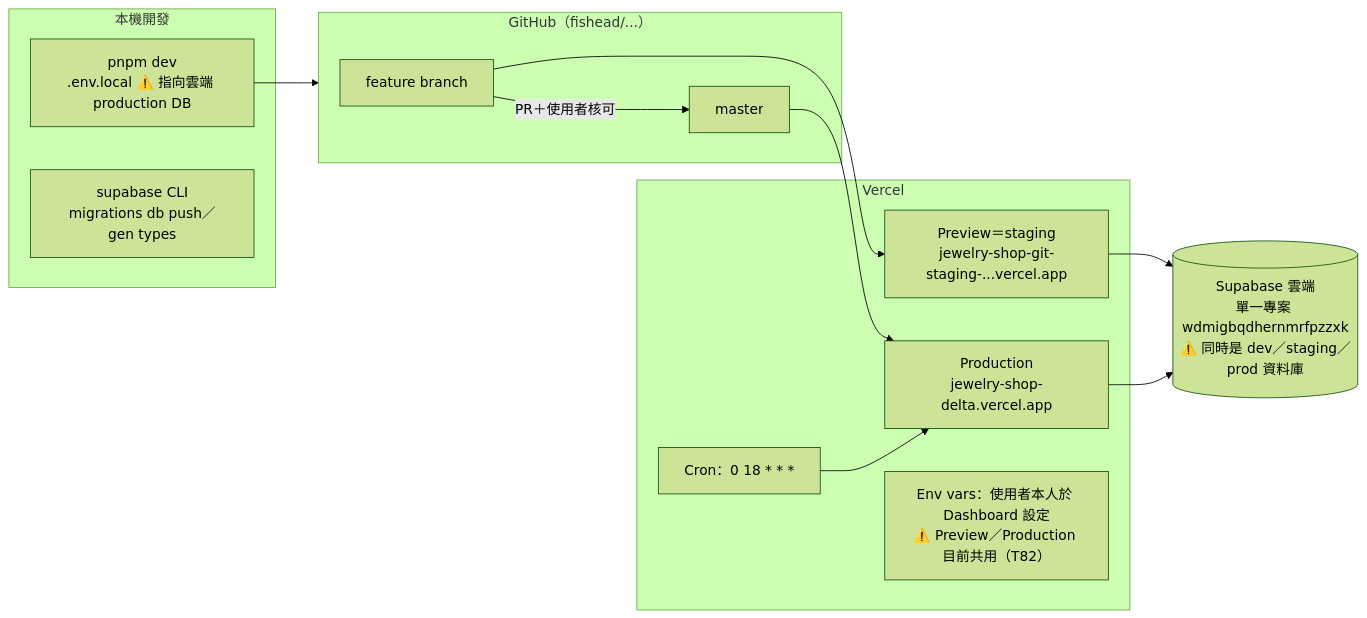
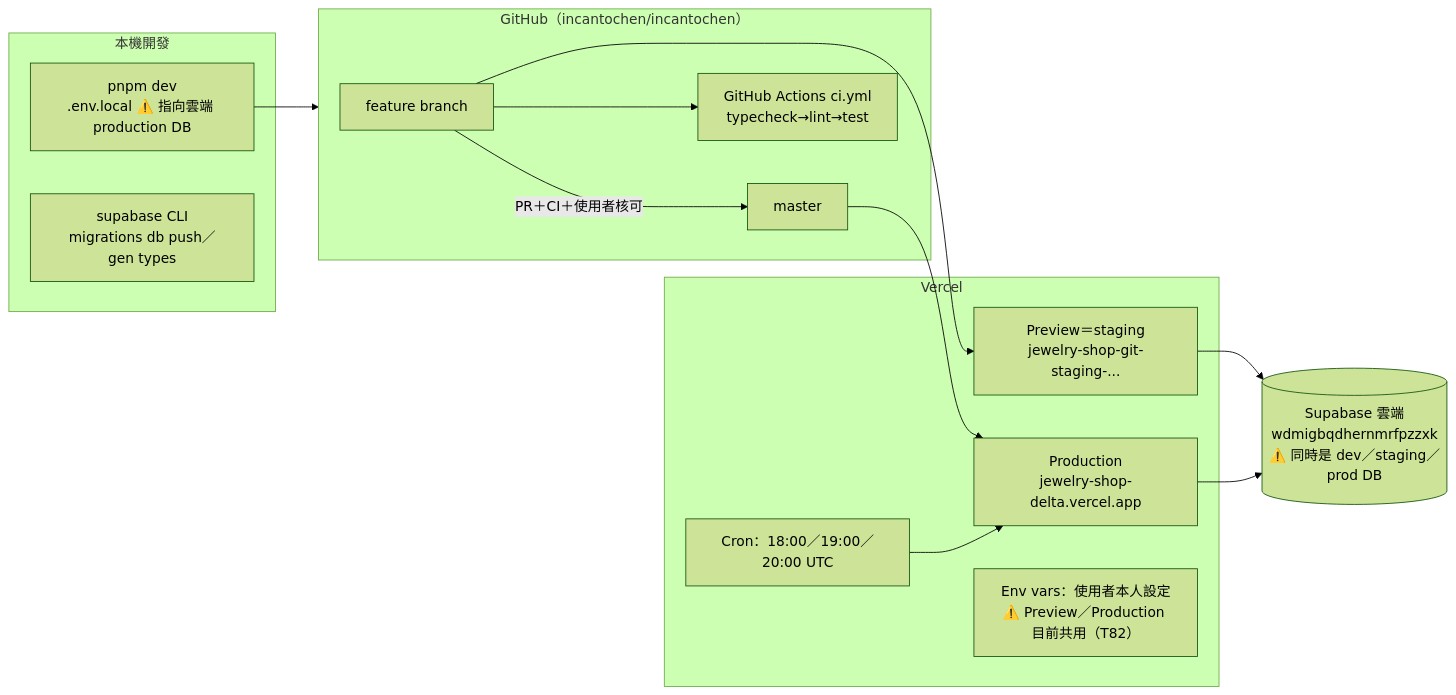
The fifth of 5 diagrams in docs/architecture.md (incantochen/incantochen), drawn with Mermaid (forest theme) before and after one commit. The commit also changed other lines of this file and 2 other files, not shown here.

First line of the commit message:
docs: architecture.md 全面刷新至 M2 現況＋儀表板 HTML

````diff
--- a/docs/architecture.md
+++ b/docs/architecture.md
@@ -289,26 +331,28 @@
 ```mermaid
 flowchart LR
     subgraph Dev["本機開發"]
         L[pnpm dev<br/>.env.local ⚠️ 指向雲端 production DB]
         SB[supabase CLI<br/>migrations db push／gen types]
     end
 
-    subgraph GH["GitHub（fishead/...）"]
-        FB[feature branch] -->|PR＋使用者核可| M[master]
+    subgraph GH["GitHub（incantochen/incantochen）"]
+        FB[feature branch] -->|PR＋CI＋使用者核可| M[master]
+        CI[GitHub Actions ci.yml<br/>typecheck→lint→test]
     end
 
     subgraph V["Vercel"]
-        PREV[Preview＝staging<br/>jewelry-shop-git-staging-...vercel.app]
+        PREV[Preview＝staging<br/>jewelry-shop-git-staging-...]
         PROD[Production<br/>jewelry-shop-delta.vercel.app]
-        ENV[Env vars：使用者本人於 Dashboard 設定<br/>⚠️ Preview／Production 目前共用（T82）]
-        CR[Cron：0 18 * * *]
+        ENV[Env vars：使用者本人設定<br/>⚠️ Preview／Production 目前共用（T82）]
+        CR[Cron：18:00／19:00／20:00 UTC]
     end
 
-    SUP[(Supabase 雲端<br/>單一專案 wdmigbqdhernmrfpzzxk<br/>⚠️ 同時是 dev／staging／prod 資料庫)]
+    SUP[(Supabase 雲端<br/>wdmigbqdhernmrfpzzxk<br/>⚠️ 同時是 dev／staging／prod DB)]
 
     L --> GH
+    FB --> CI
     FB --> PREV
     M --> PROD
     PREV & PROD --> SUP
     CR --> PROD
 ```
````
